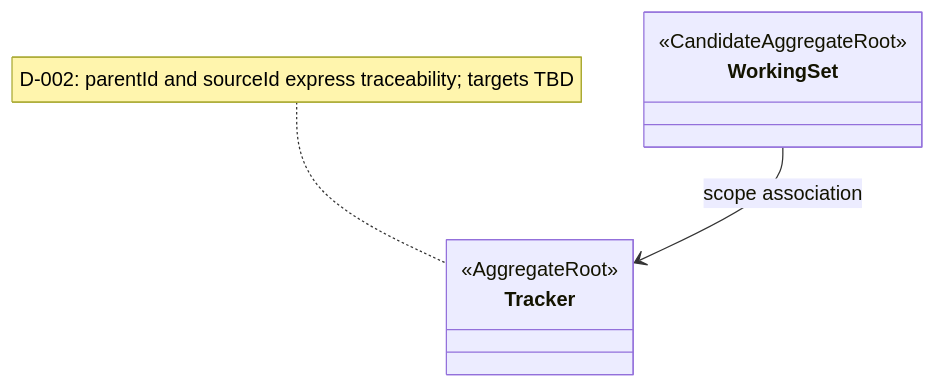
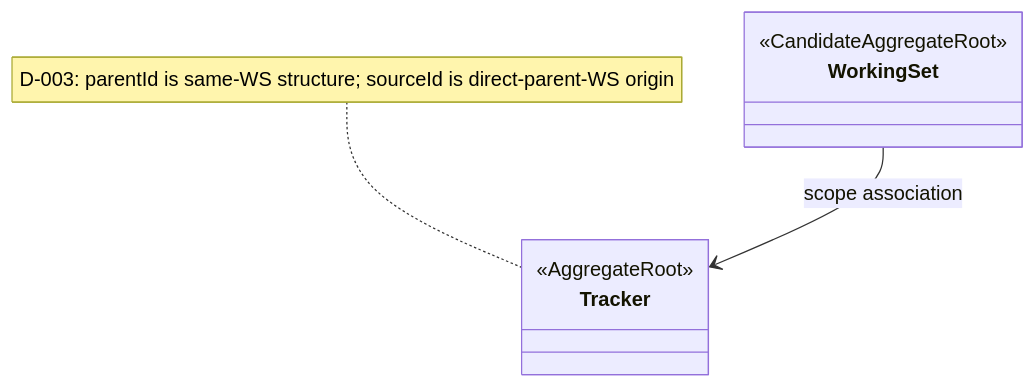
One commit to Greytrack/ddd-workingset changed the third of 8 diagrams in docs/working-set/diagrams/aggregate-candidates.md. Above: the diagram before and after it, drawn with Mermaid. The commit also changed other lines of this file and 11 other files, not shown here.

````diff
--- a/docs/working-set/diagrams/aggregate-candidates.md
+++ b/docs/working-set/diagrams/aggregate-candidates.md
@@ -64,11 +64,11 @@
 ```mermaid
 classDiagram
     class Tracker {
         <<AggregateRoot>>
     }
     class WorkingSet {
         <<CandidateAggregateRoot>>
     }
     WorkingSet --> Tracker : scope association
-    note for Tracker "D-002: parentId and sourceId express traceability; targets TBD"
+    note for Tracker "D-003: parentId is same-WS structure; sourceId is direct-parent-WS origin"
 ```
````
